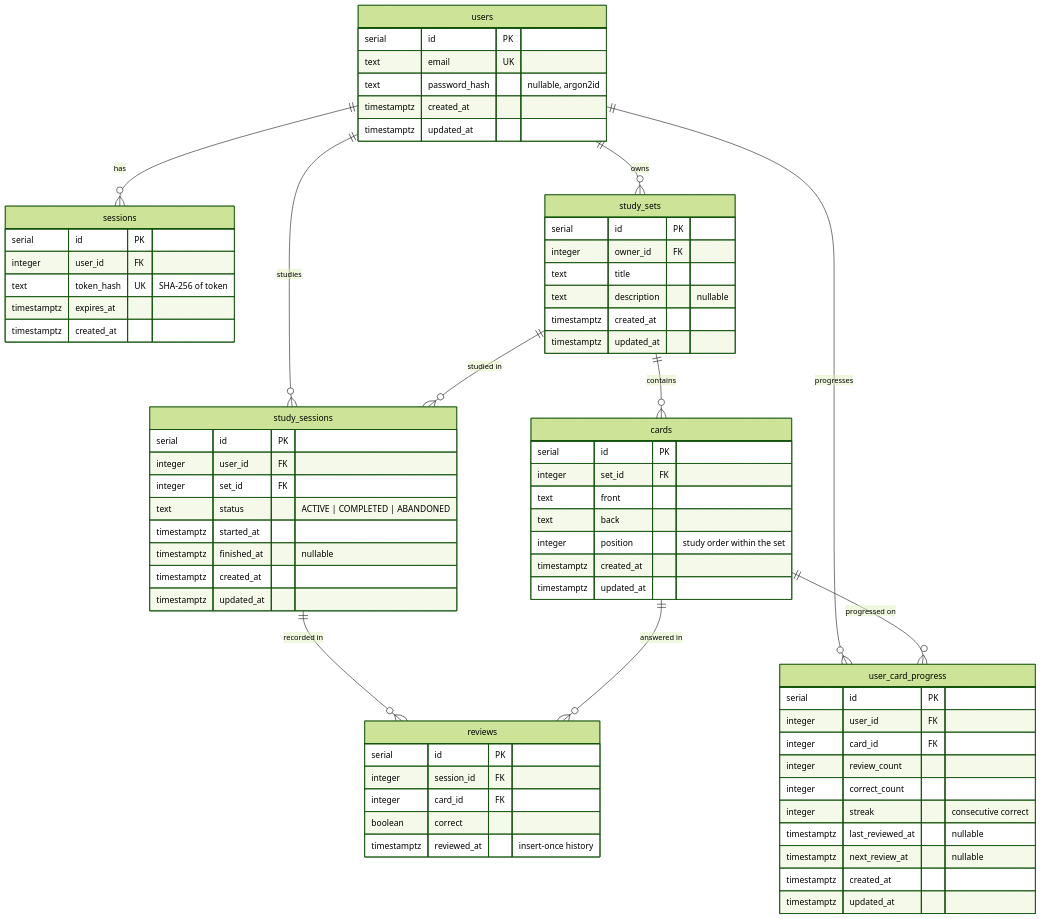
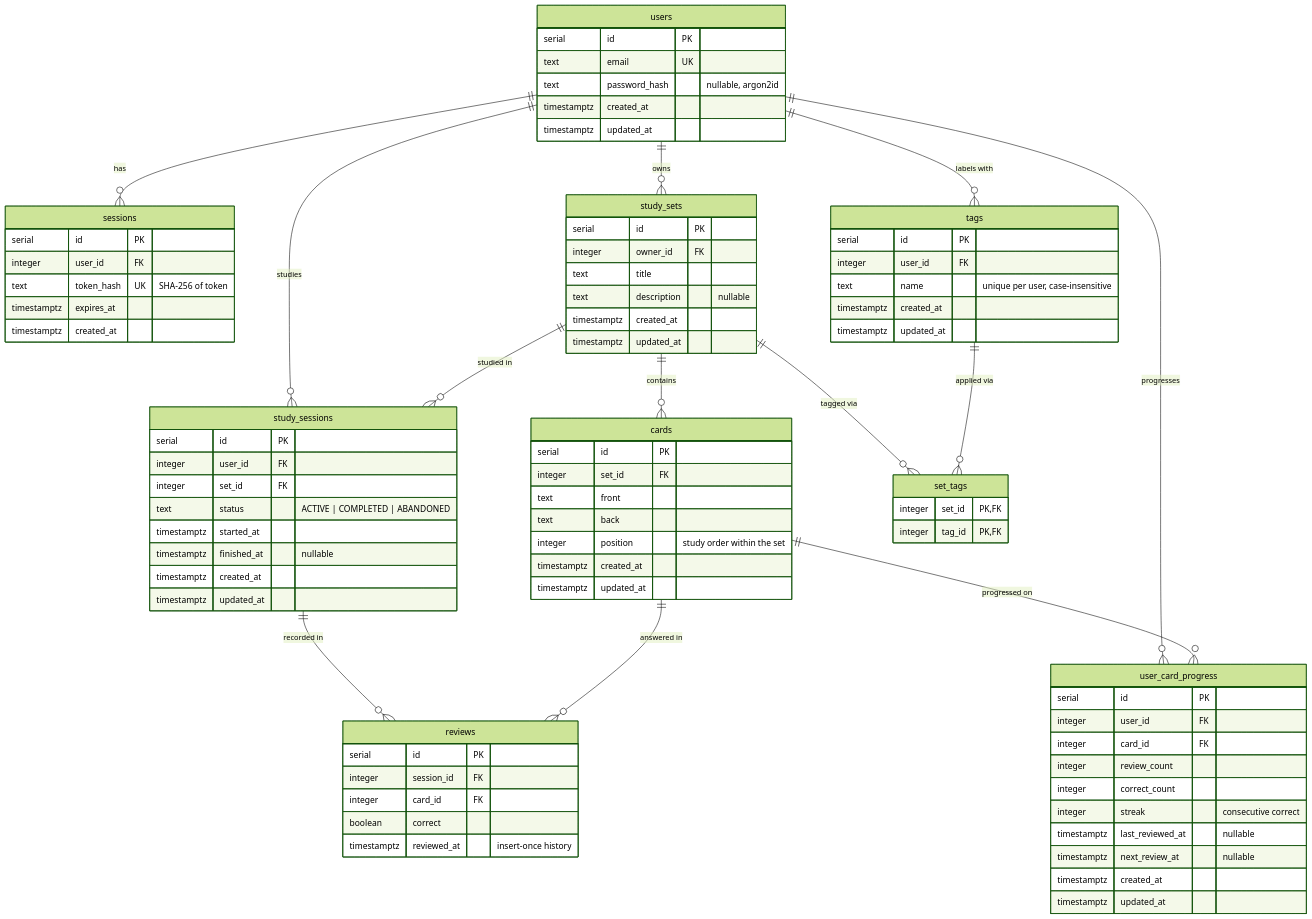
One commit to danisolation/recall changed the diagram in docs/database/schema.md. Above: the diagram before and after it, drawn with Mermaid (forest theme). The commit also changed other lines of this file and 5 other files, not shown here.

````diff
--- a/docs/database/schema.md
+++ b/docs/database/schema.md
@@ -112,6 +133,9 @@
     cards ||--o{ reviews : "answered in"
     users ||--o{ user_card_progress : "progresses"
     cards ||--o{ user_card_progress : "progressed on"
+    users ||--o{ tags : "labels with"
+    study_sets ||--o{ set_tags : "tagged via"
+    tags ||--o{ set_tags : "applied via"
     users {
         serial id PK
         text email UK
@@ -172,4 +196,15 @@
         timestamptz created_at
         timestamptz updated_at
     }
+    tags {
+        serial id PK
+        integer user_id FK
+        text name "unique per user, case-insensitive"
+        timestamptz created_at
+        timestamptz updated_at
+    }
+    set_tags {
+        integer set_id PK, FK
+        integer tag_id PK, FK
+    }
 ```
````
